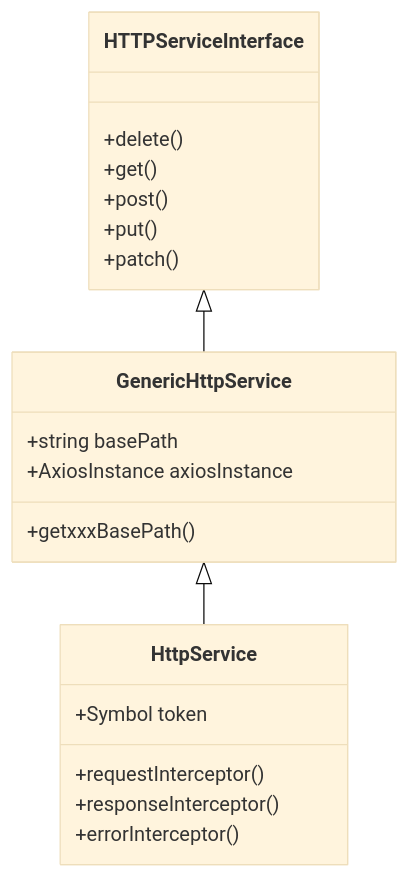
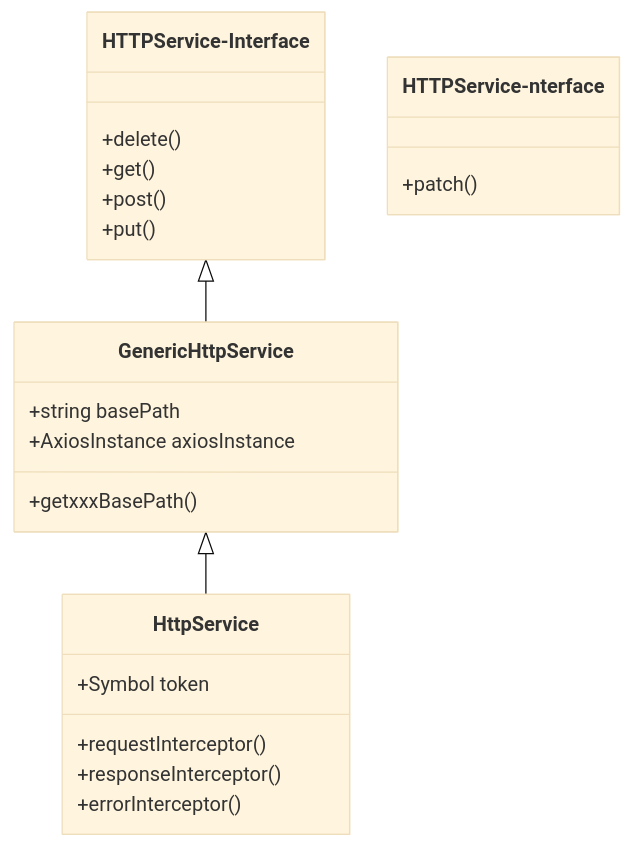
Before and after one commit to honggzb/Study-General: the diagram in React/Third-party-lib/tsyringe+axios/readme.md, drawn with Mermaid (base theme).

Commit message:
Fix formatting in HTTPService interface diagram

````diff
--- a/React/Third-party-lib/tsyringe+axios/readme.md
+++ b/React/Third-party-lib/tsyringe+axios/readme.md
@@ -21,22 +21,22 @@
 ```mermaid
 classDiagram
-    HTTPService Interface: +delete()
-    HTTPService Interface: +get()
-    HTTPService Interface: +post()
-    HTTPService Interface: +put()
-    HTTPService Interface: +patch()
-    HTTPService Interface <|-- GenericHttpService
+    HTTPService-Interface: +delete()
+    HTTPService-Interface: +get()
+    HTTPService-Interface: +post()
+    HTTPService-Interface: +put()
+    HTTPService-nterface: +patch()
+    HTTPService-Interface <|-- GenericHttpService
     GenericHttpService <|--HttpService
     class GenericHttpService{
       +string basePath
       +AxiosInstance axiosInstance
       +getxxxBasePath()
         
     }
     class HttpService{
         +Symbol token
         +requestInterceptor()
         +responseInterceptor()
         +errorInterceptor()
     }
 ```
````
